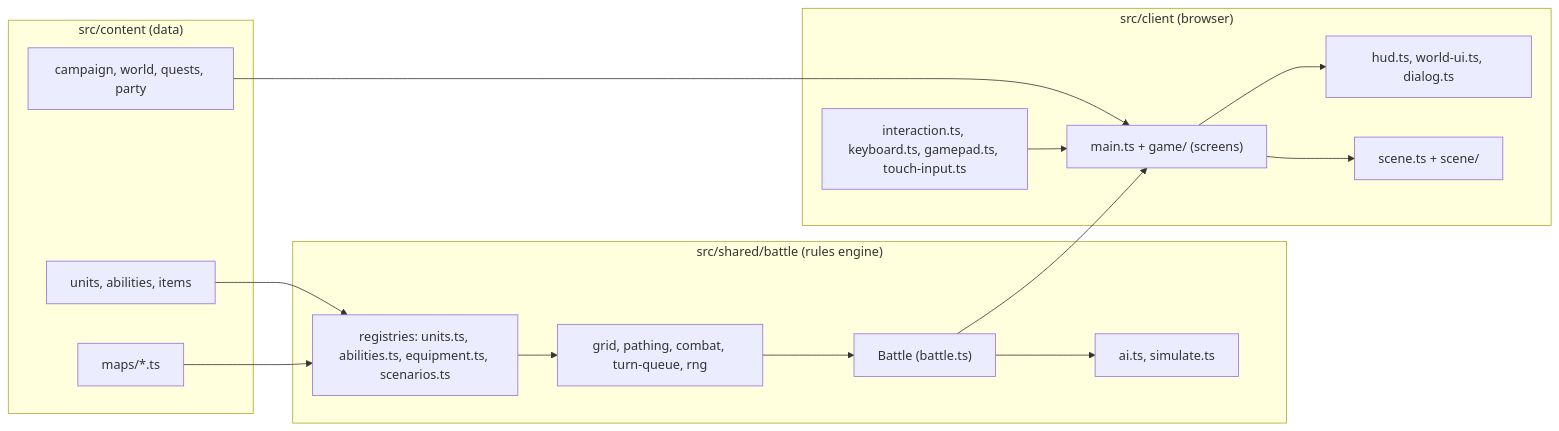
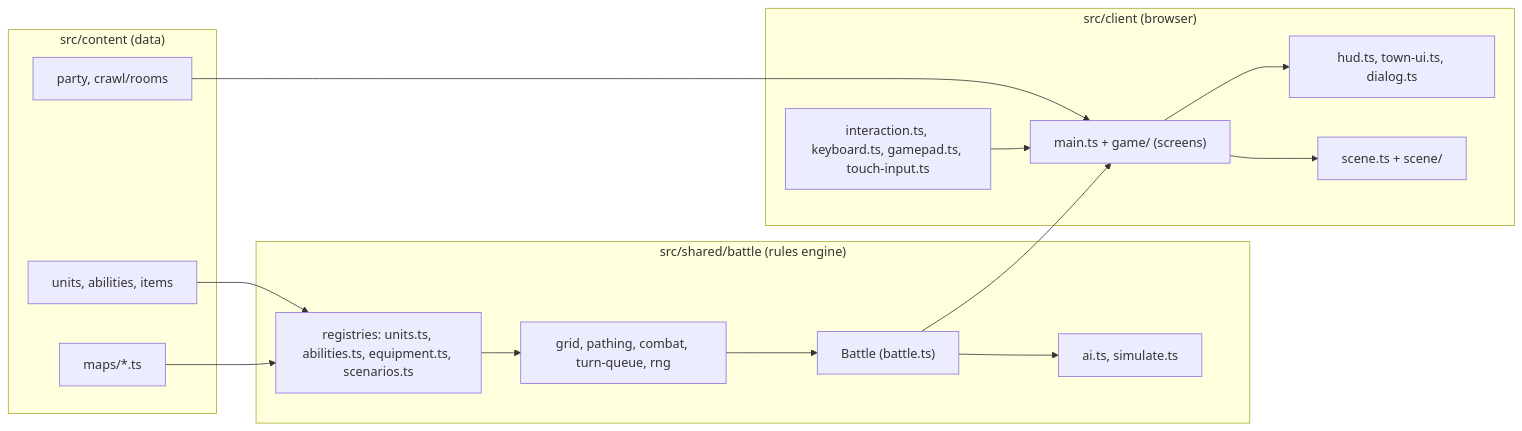
Before and after one commit to Dungeon-Tactics-Domain/dungeon-tactics: the first of 3 diagrams in ARCHITECTURE.md, drawn with Mermaid. The commit also changed other lines of this file and 12 other files, not shown here.

First line of the commit message:
docs: drop the world map and the campaign from the docs

````diff
--- a/ARCHITECTURE.md
+++ b/ARCHITECTURE.md
@@ -7,28 +7,28 @@
 ```mermaid
 flowchart LR
   subgraph content["src/content (data)"]
     C1["units, abilities, items"]
     C2["maps/*.ts"]
-    C3["campaign, world, quests, party"]
+    C3["party, crawl/rooms"]
   end
   subgraph rules["src/shared/battle (rules engine)"]
     R1["registries: units.ts, abilities.ts, equipment.ts, scenarios.ts"]
     R2["grid, pathing, combat, turn-queue, rng"]
     R3["Battle (battle.ts)"]
     R4["ai.ts, simulate.ts"]
   end
   subgraph client["src/client (browser)"]
     G["main.ts + game/ (screens)"]
     I["interaction.ts, keyboard.ts, gamepad.ts, touch-input.ts"]
-    H["hud.ts, world-ui.ts, dialog.ts"]
+    H["hud.ts, town-ui.ts, dialog.ts"]
     S["scene.ts + scene/"]
   end
   C1 --> R1
   C2 --> R1
   C3 --> G
   R1 --> R2 --> R3 --> R4
   R3 --> G
   I --> G
   G --> H
   G --> S
 ```
````
